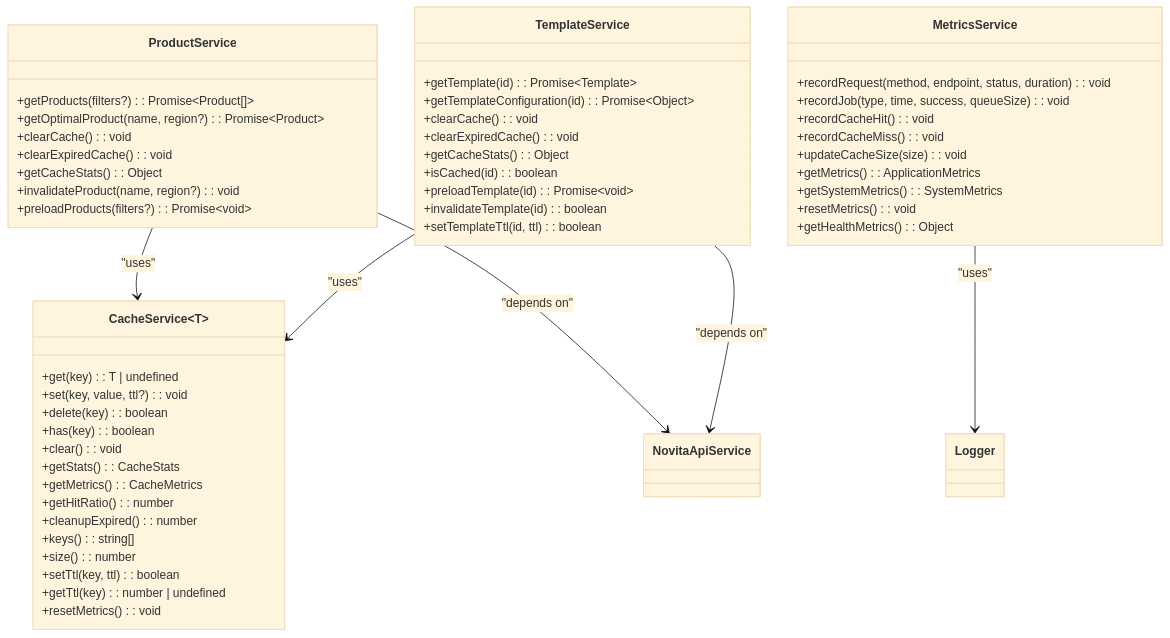
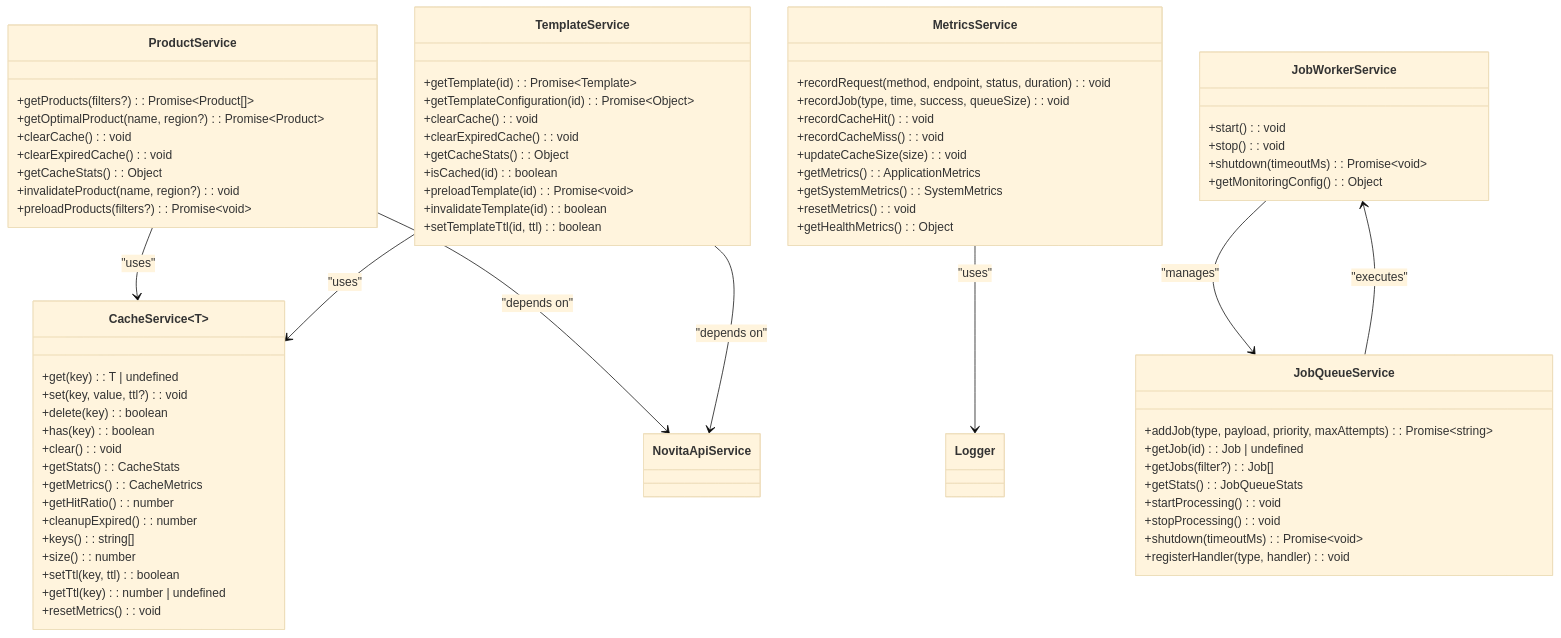
The fifth of 9 diagrams in .qoder/repowiki/en/content/Service Architecture/Service Architecture.md (sontl/novita-ai-api), drawn with Mermaid (base theme) before and after one commit. The commit also changed other lines of this file and 17 other files, not shown here.

````diff
--- a/.qoder/repowiki/en/content/Service Architecture/Service Architecture.md
+++ b/.qoder/repowiki/en/content/Service Architecture/Service Architecture.md
@@ -245,55 +236,73 @@
 ```mermaid
 classDiagram
 class ProductService {
 +getProducts(filters?) : Promise~Product[]~
 +getOptimalProduct(name, region?) : Promise~Product~
 +clearCache() : void
 +clearExpiredCache() : void
 +getCacheStats() : Object
 +invalidateProduct(name, region?) : void
 +preloadProducts(filters?) : Promise~void~
 }
 class TemplateService {
 +getTemplate(id) : Promise~Template~
 +getTemplateConfiguration(id) : Promise~Object~
 +clearCache() : void
 +clearExpiredCache() : void
 +getCacheStats() : Object
 +isCached(id) : boolean
 +preloadTemplate(id) : Promise~void~
 +invalidateTemplate(id) : boolean
 +setTemplateTtl(id, ttl) : boolean
 }
 class CacheService~T~ {
 +get(key) : T | undefined
 +set(key, value, ttl?) : void
 +delete(key) : boolean
 +has(key) : boolean
 +clear() : void
 +getStats() : CacheStats
 +getMetrics() : CacheMetrics
 +getHitRatio() : number
 +cleanupExpired() : number
 +keys() : string[]
 +size() : number
 +setTtl(key, ttl) : boolean
 +getTtl(key) : number | undefined
 +resetMetrics() : void
 }
 class MetricsService {
 +recordRequest(method, endpoint, status, duration) : void
 +recordJob(type, time, success, queueSize) : void
 +recordCacheHit() : void
 +recordCacheMiss() : void
 +updateCacheSize(size) : void
 +getMetrics() : ApplicationMetrics
 +getSystemMetrics() : SystemMetrics
 +resetMetrics() : void
 +getHealthMetrics() : Object
 }
+class JobWorkerService {
++start() : void
++stop() : void
++shutdown(timeoutMs) : Promise~void~
++getMonitoringConfig() : Object
+}
+class JobQueueService {
++addJob(type, payload, priority, maxAttempts) : Promise~string~
++getJob(id) : Job | undefined
++getJobs(filter?) : Job[]
++getStats() : JobQueueStats
++startProcessing() : void
++stopProcessing() : void
++shutdown(timeoutMs) : Promise~void~
++registerHandler(type, handler) : void
+}
 ProductService --> CacheService : "uses"
 TemplateService --> CacheService : "uses"
 ProductService --> NovitaApiService : "depends on"
 TemplateService --> NovitaApiService : "depends on"
 MetricsService --> Logger : "uses"
+JobWorkerService --> JobQueueService : "manages"
+JobQueueService --> JobWorkerService : "executes"
 ```
````
